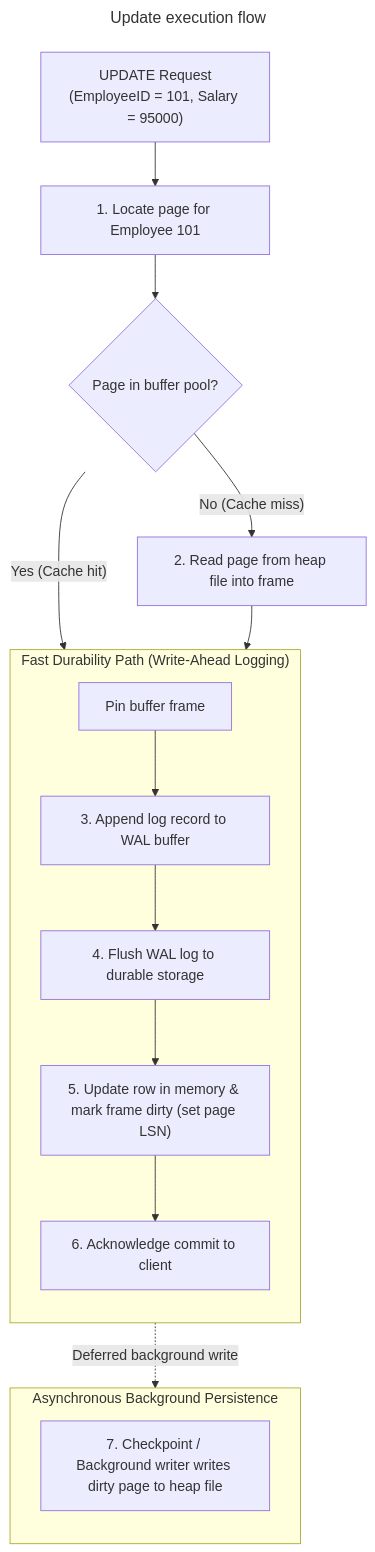
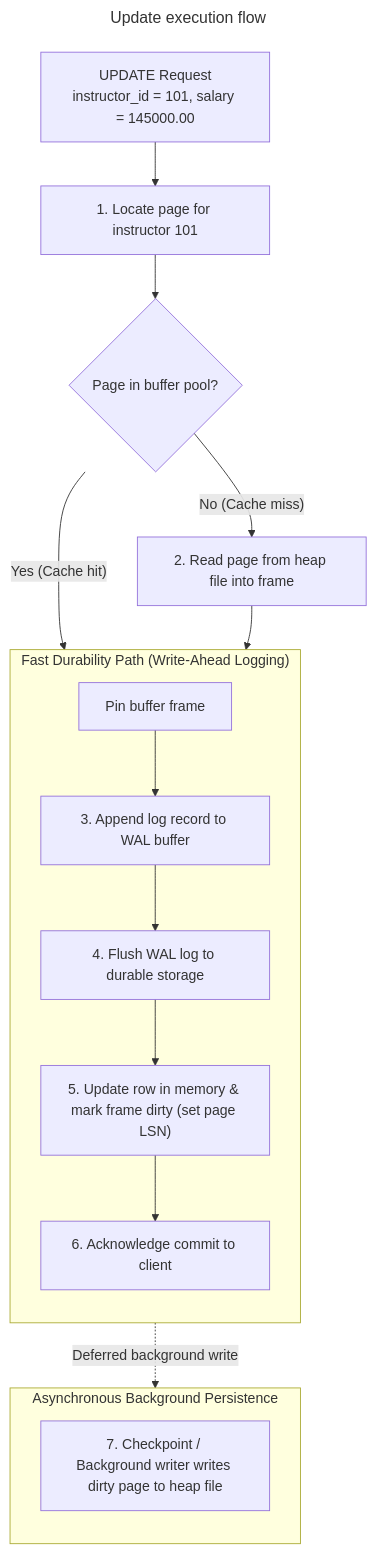
One commit to VineethChivukula/dedocs changed the fourth of 4 diagrams in content/sql/database-storage-engine-internals.md. Above: the diagram before and after it, drawn with Mermaid. The commit also changed other lines of this file and 26 other files, not shown here.

````diff
--- a/content/sql/database-storage-engine-internals.md
+++ b/content/sql/database-storage-engine-internals.md
@@ -336,26 +336,26 @@
 ```mermaid
 ---
 title: Update execution flow
 ---
 flowchart TD
-    Req["UPDATE Request<br/>(EmployeeID = 101, Salary = 95000)"]
-    Req --> Step1["1. Locate page for Employee 101"]
+    Req["UPDATE Request<br/>instructor_id = 101, salary = 145000.00"]
+    Req --> Step1["1. Locate page for instructor 101"]
     Step1 --> Check{"Page in buffer pool?"}
 
     Check -- "Yes (Cache hit)" --> Pin["Pin buffer frame"]
     Check -- "No (Cache miss)" --> ReadDisk["2. Read page from heap file into frame"]
     ReadDisk --> Pin
 
     subgraph FastPath ["Fast Durability Path (Write-Ahead Logging)"]
         direction TB
         Pin --> Step3["3. Append log record to WAL buffer"]
         Step3 --> Step4["4. Flush WAL log to durable storage"]
         Step4 --> Step5["5. Update row in memory & mark frame dirty (set page LSN)"]
         Step5 --> Step6["6. Acknowledge commit to client"]
     end
 
     subgraph AsyncPath ["Asynchronous Background Persistence"]
         direction TB
         Step6 -.->|"Deferred background write"| Step7["7. Checkpoint / Background writer writes dirty page to heap file"]
     end
 ```
````
